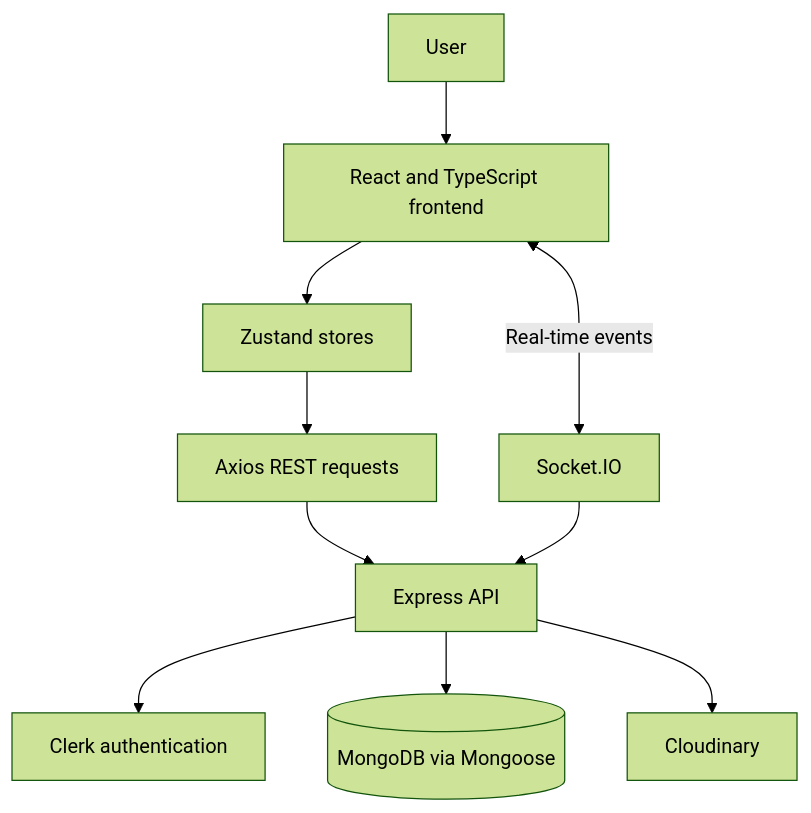
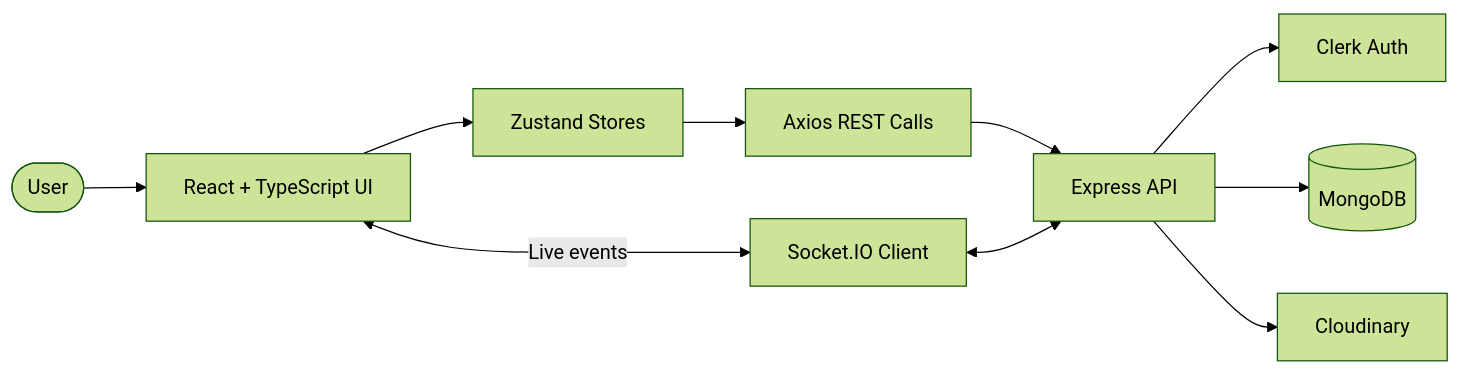
One commit to Shivainfinity12/Spotify changed the diagram in README.md. Above: the diagram before and after it, drawn with Mermaid (forest theme). The commit also changed other lines of this file, not shown here.

````diff
--- a/README.md
+++ b/README.md
@@ -33,12 +78,12 @@
 ```mermaid
-flowchart TD
-    U[User] --> FE[React and TypeScript frontend]
-    FE --> ST[Zustand stores]
-    ST --> API[Axios REST requests]
-    FE <-->|Real-time events| SO[Socket.IO]
-    API --> BE[Express API]
-    SO --> BE
-    BE --> AUTH[Clerk authentication]
-    BE --> DB[(MongoDB via Mongoose)]
-    BE --> MEDIA[Cloudinary]
+flowchart LR
+    USER([User]) --> WEB[React + TypeScript UI]
+    WEB --> STORE[Zustand Stores]
+    STORE --> REST[Axios REST Calls]
+    WEB <-->|Live events| SOCKET[Socket.IO Client]
+    REST --> API[Express API]
+    SOCKET <--> API
+    API --> CLERK[Clerk Auth]
+    API --> DB[(MongoDB)]
+    API --> CLOUD[Cloudinary]
 ```
````
